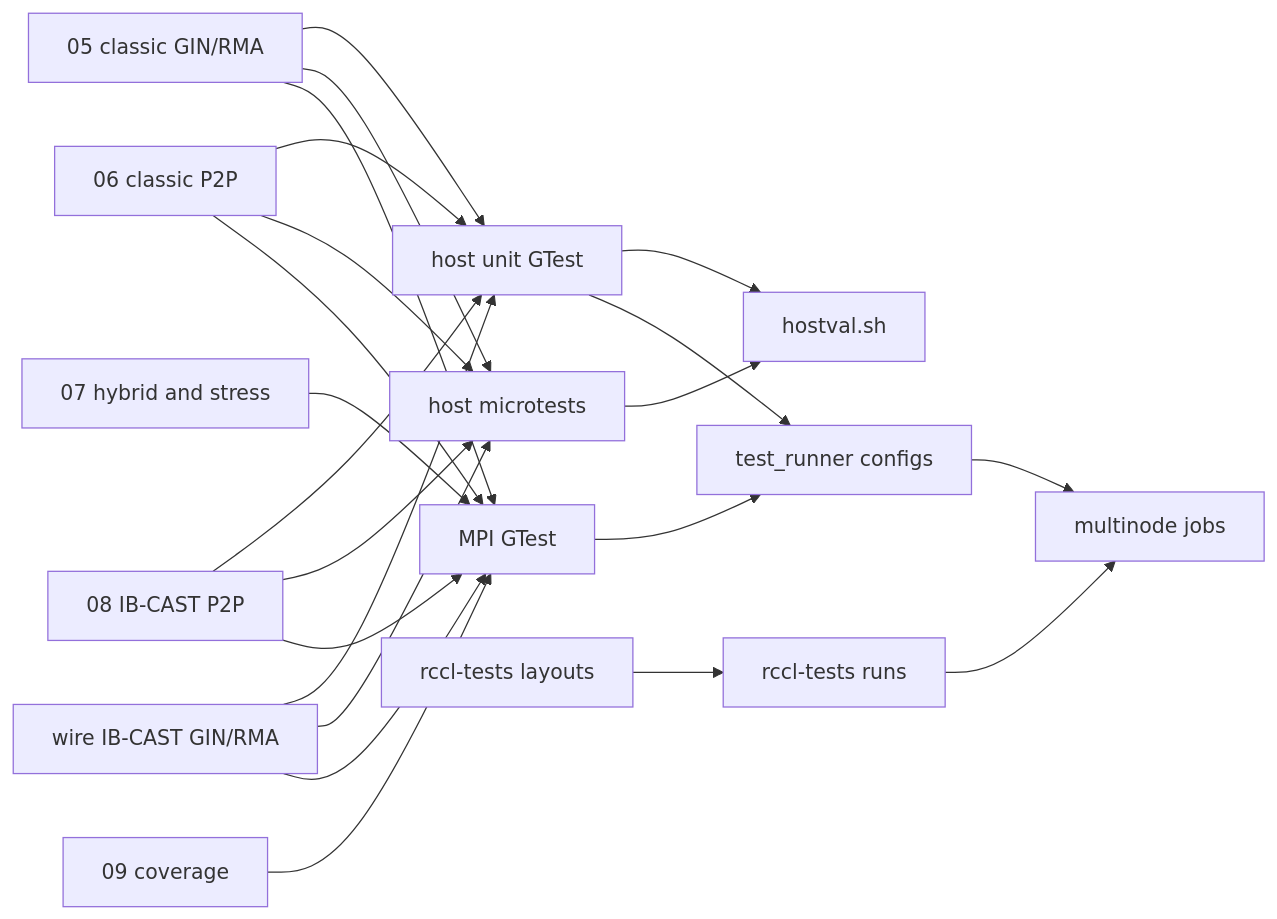
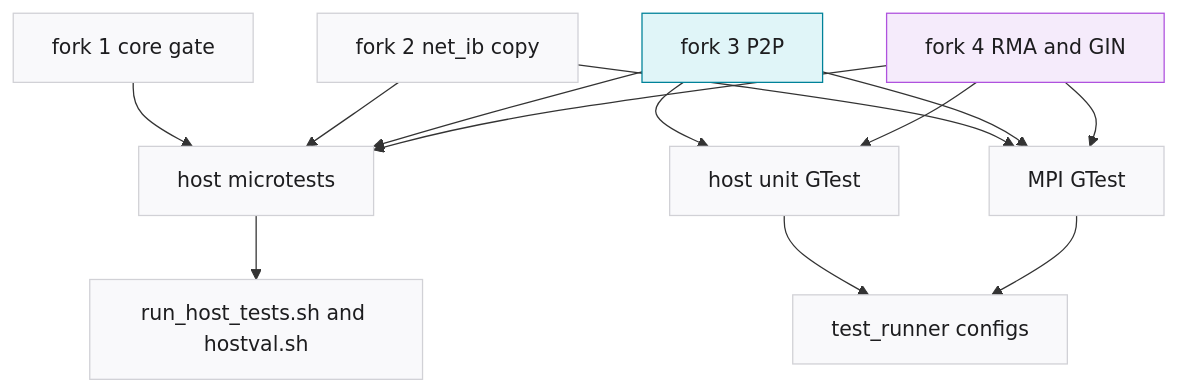
The diagram in projects/rccl/docs/design/multi_segment_validation_plan.md (ROCm/rocm-systems), drawn with Mermaid before and after one commit. The commit also changed other lines of this file and 16 other files, not shown here.

````diff
--- a/projects/rccl/docs/design/multi_segment_validation_plan.md
+++ b/projects/rccl/docs/design/multi_segment_validation_plan.md
@@ -68,25 +40,22 @@
 ```mermaid
-%% caption: Which tiers exercise each layer
-flowchart LR
- l05["05 classic GIN/RMA"] --> unit["host unit GTest"]
- l05 --> micro["host microtests"]
- l05 --> mpi["MPI GTest"]
- l06["06 classic P2P"] --> unit
- l06 --> micro
- l06 --> mpi
- l07["07 hybrid and stress"] --> mpi
- l08["08 IB-CAST P2P"] --> unit
- l08 --> micro
- l08 --> mpi
- lw["wire IB-CAST GIN/RMA"] --> unit
- lw --> micro
- lw --> mpi
- l09["09 coverage"] --> mpi
- l10["rccl-tests layouts"] --> perf["rccl-tests runs"]
- unit --> hv["hostval.sh"]
- micro --> hv
+%% caption: Which tiers exercise each fork
+flowchart TD
+ f1["fork 1 core gate"] --> micro["host microtests"]
+ f2["fork 2 net_ib copy"] --> micro
+ f3["fork 3 P2P"] --> unit["host unit GTest"]
+ f4["fork 4 RMA and GIN"] --> unit
+ f3 --> micro
+ f4 --> micro
+ f2 --> mpi["MPI GTest"]
+ f3 --> mpi
+ f4 --> mpi
+ micro --> hv["run_host_tests.sh and hostval.sh"]
  unit --> tr["test_runner configs"]
  mpi --> tr
- tr --> mn["multinode jobs"]
- perf --> mn
+ classDef neutral fill:#f9f9fb,stroke:#d1d1d6,color:#1d1d1f
+ classDef netib fill:#e0f5f8,stroke:#008299,color:#1d1d1f
+ classDef rma fill:#f5ebfb,stroke:#af52de,color:#1d1d1f
+ class f1,f2,micro,unit,mpi,hv,tr neutral
+ class f3 netib
+ class f4 rma
 ```
````
